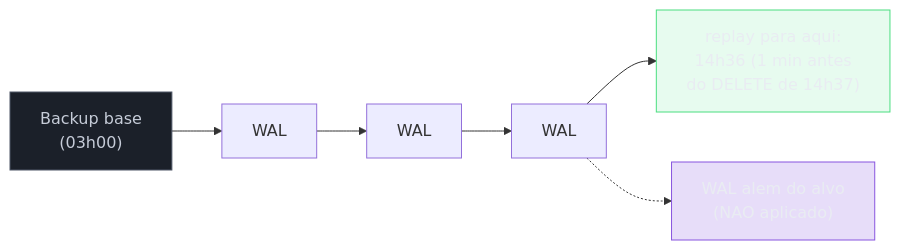
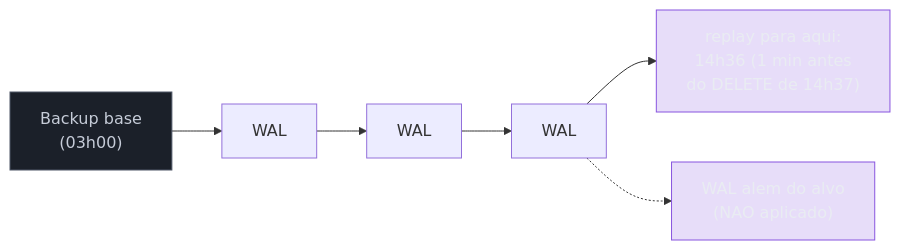
The third of 5 diagrams in 03-Dominios/Ciência/Banco de Dados/15 - Operação em produção.md (josenaldo/codex-technomanticus), drawn with Mermaid before and after one commit. The commit also changed other lines of this file and 601 other files, not shown here.

````diff
--- a/03-Dominios/Ciência/Banco de Dados/15 - Operação em produção.md
+++ b/03-Dominios/Ciência/Banco de Dados/15 - Operação em produção.md
@@ -161,14 +161,13 @@
 ```mermaid
 flowchart LR
     classDef neutro fill:#1B2029,stroke:#4E5666,color:#C6CCD8
-    classDef ok fill:#4ADE8021,stroke:#4ADE80,color:#E9ECF2
     classDef marca fill:#8855DF33,stroke:#8855DF,color:#E9ECF2
     BB["Backup base<br/>(03h00)"] --> W1["WAL"]
     W1 --> W2["WAL"]
     W2 --> W3["WAL"]
     W3 --> T["replay para aqui:<br/>14h36 (1 min antes<br/>do DELETE de 14h37)"]
     W3 -.-> X["WAL alem do alvo<br/>(NAO aplicado)"]
     class BB neutro
-    class T ok
+    class T marca
     class X marca
 ```
````
